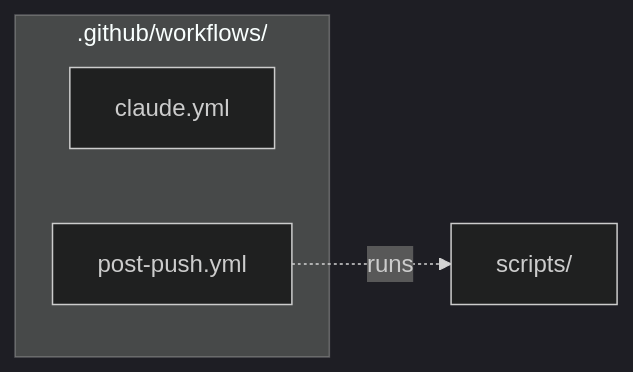
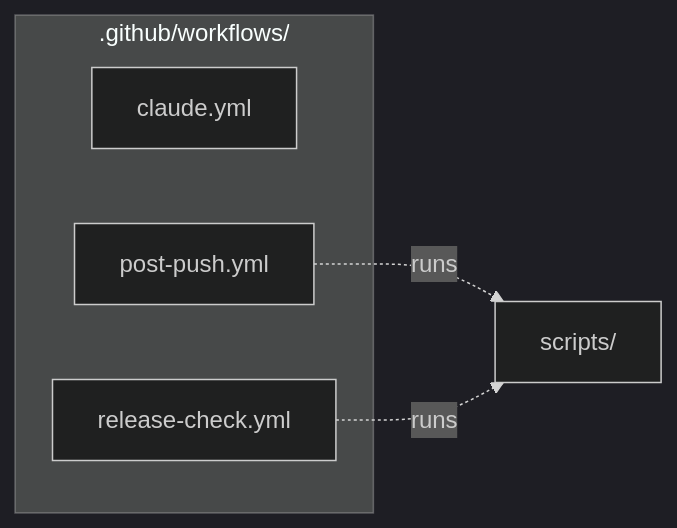
The diagram in .github/workflows/README.md (drsanjna/cardiac-imaging-medicare), drawn with Mermaid (dark theme) before and after one commit. The commit also changed other lines of this file and 23 other files, not shown here.

First line of the commit message:
Sync runs between laptops and verify every GitHub release

````diff
--- a/.github/workflows/README.md
+++ b/.github/workflows/README.md
@@ -11,9 +11,11 @@
 ```mermaid
 flowchart LR
   subgraph here[".github/workflows/"]
     n_claude_yml["claude.yml"]
     n_post_push_yml["post-push.yml"]
+    n_release_check_yml["release-check.yml"]
   end
   n_scripts_["scripts/"]
   n_post_push_yml -. runs .-> n_scripts_
+  n_release_check_yml -. runs .-> n_scripts_
 ```
````
